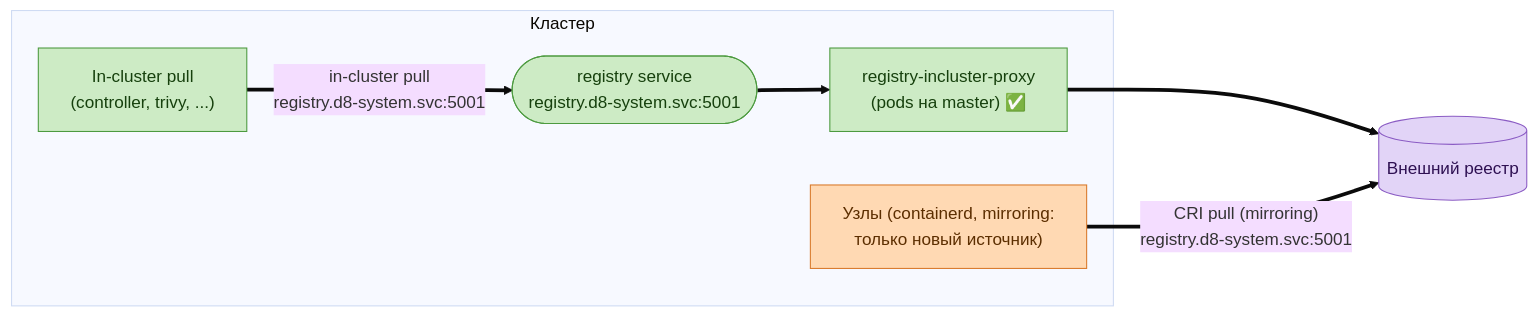
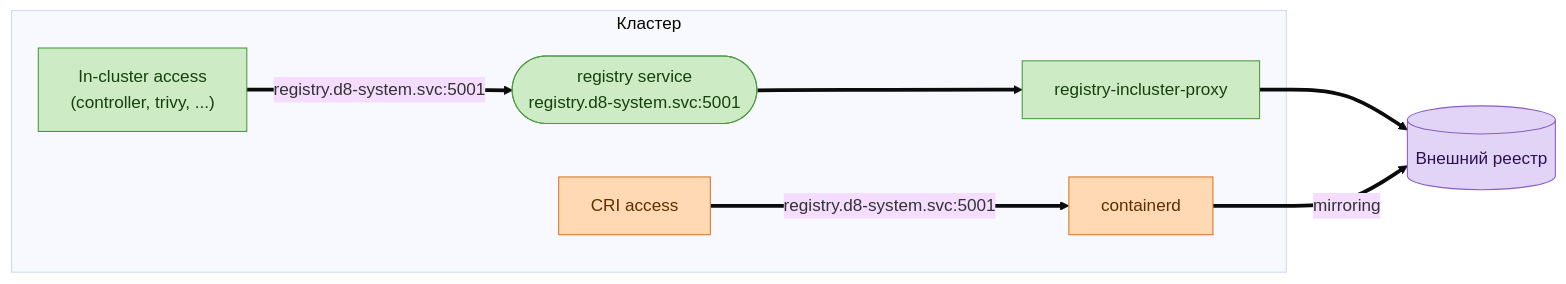
The second of 4 diagrams in modules/038-registry/docs/internal/REGISTRY_SWITCHING.md (deckhouse/deckhouse), drawn with Mermaid (base theme) before and after one commit. The commit also changed other lines of this file, not shown here.

````diff
--- a/modules/038-registry/docs/internal/REGISTRY_SWITCHING.md
+++ b/modules/038-registry/docs/internal/REGISTRY_SWITCHING.md
@@ -181,21 +181,22 @@
 ```mermaid
 flowchart LR
   subgraph CLUSTER["Кластер"]
-    INPULL["In-cluster pull<br/>(controller, trivy, ...)"]
-    SVC(["registry service<br/>registry.d8-system.svc:5001"])
-    PROXY["registry-incluster-proxy<br/>(pods на master) ✅"]
-    NODES["Узлы (containerd, mirroring:<br/>только новый источник)"]
+    inClusterAccess["In-cluster access<br/>(controller, trivy, ...)"]
+    registryService(["registry service<br/>registry.d8-system.svc:5001"])
+    registryStaticProxy["registry-incluster-proxy"]
+    criAccess["CRI access"]
+    containerd["containerd"]
   end
 
-  EXT[("Внешний реестр")]
+  externalRegistry[("Внешний реестр")]
 
-  INPULL ==>|"in-cluster pull<br/>registry.d8-system.svc:5001"| SVC ==> PROXY ==> EXT
-  NODES ==>|"CRI pull (mirroring)<br/>registry.d8-system.svc:5001"| EXT
+  inClusterAccess ==> |registry.d8-system.svc:5001| registryService ==> registryStaticProxy ==> externalRegistry
+  criAccess ==> |registry.d8-system.svc:5001| containerd ==>|"mirroring"| externalRegistry
 
   classDef work fill:#cdebc5,stroke:#4c9a3f,color:#16400d;
   classDef cri fill:#ffd9b3,stroke:#d97a2b,color:#5c2e00;
   classDef ext fill:#e2d4f7,stroke:#8b5cc4,color:#2e1052;
-  class PROXY,SVC,INPULL work;
-  class NODES cri;
-  class EXT ext;
+  class registryStaticProxy,registryService,inClusterAccess work;
+  class criAccess,containerd cri;
+  class externalRegistry ext;
 ```
````
